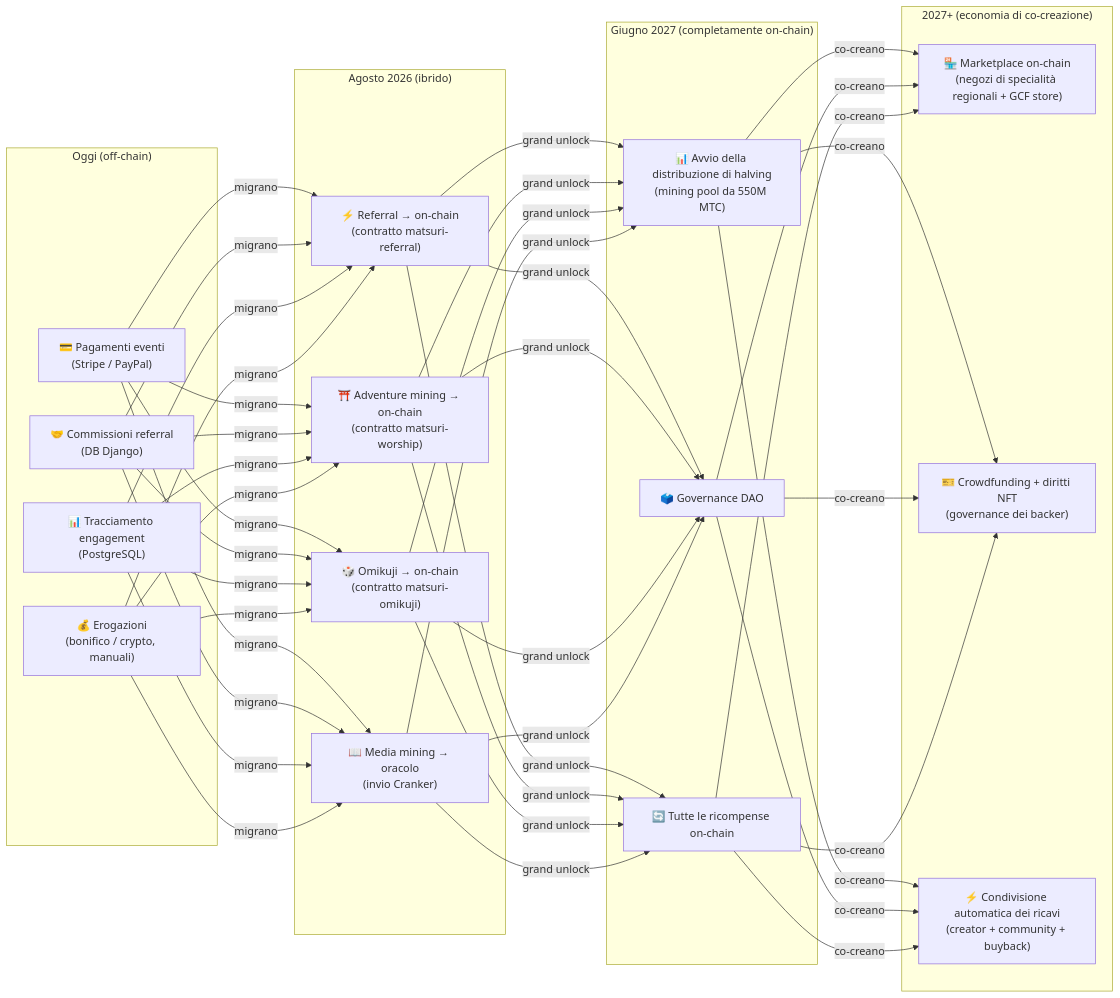
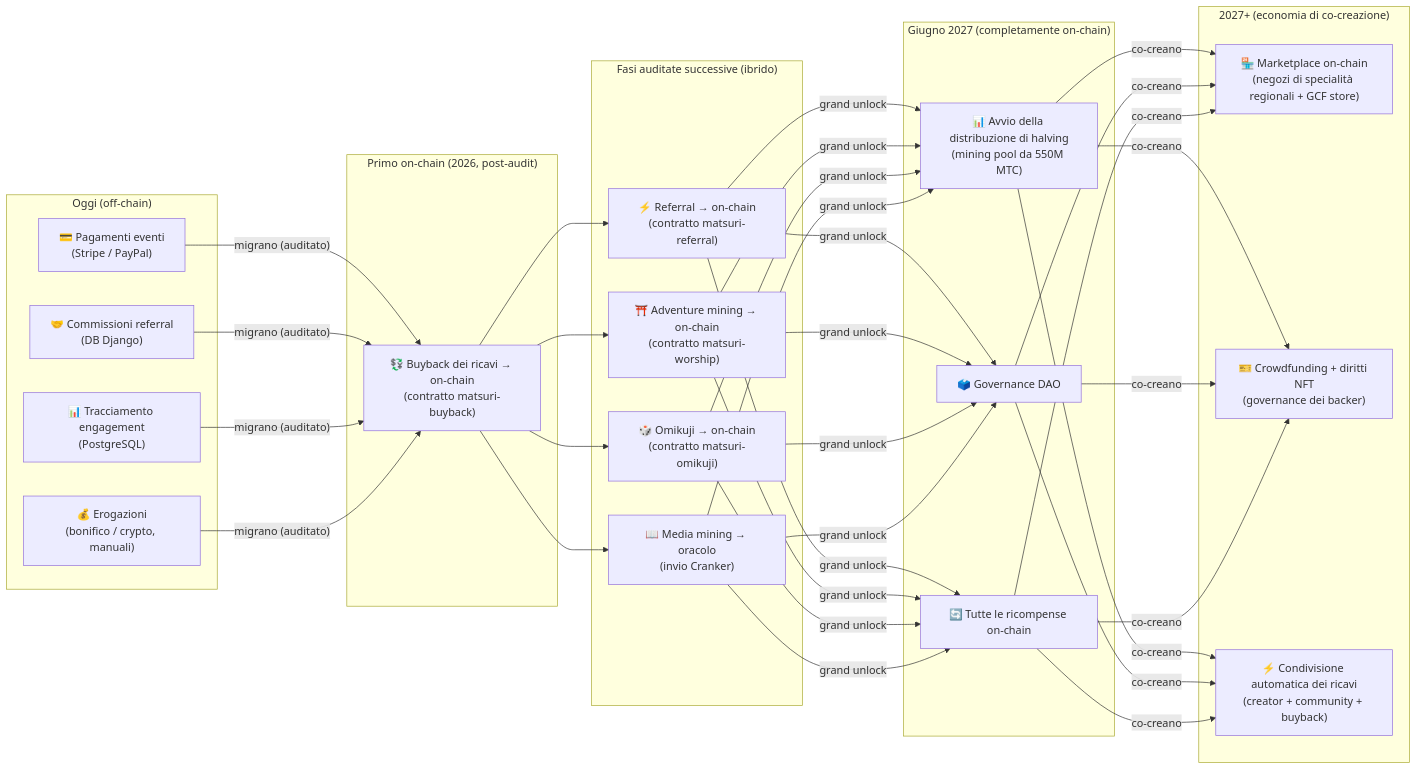
The fourth of 4 diagrams in i18n/it/docusaurus-plugin-content-docs/current/04-mining.md (Cootakahashi/matsuri-dao-whitepaper), drawn with Mermaid before and after one commit. The commit also changed other lines of this file and 79 other files, not shown here.

First line of the commit message:
docs: re-sequence on-chain roadmap to match the staged Hashlock audit (20 locales)

````diff
--- a/i18n/it/docusaurus-plugin-content-docs/current/04-mining.md
+++ b/i18n/it/docusaurus-plugin-content-docs/current/04-mining.md
@@ -334,28 +344,32 @@
 ```mermaid
 graph LR
     subgraph "Oggi (off-chain)"
         O1["💳 Pagamenti eventi\n(Stripe / PayPal)"]
         O2["🤝 Commissioni referral\n(DB Django)"]
         O3["📊 Tracciamento engagement\n(PostgreSQL)"]
         O4["💰 Erogazioni\n(bonifico / crypto, manuali)"]
     end
-    subgraph "Agosto 2026 (ibrido)"
+    subgraph "Primo on-chain (2026, post-audit)"
+        H0["💱 Buyback dei ricavi → on-chain\n(contratto matsuri-buyback)"]
+    end
+    subgraph "Fasi auditate successive (ibrido)"
         H1["⚡ Referral → on-chain\n(contratto matsuri-referral)"]
         H2["⛩️ Adventure mining → on-chain\n(contratto matsuri-worship)"]
         H3["🎲 Omikuji → on-chain\n(contratto matsuri-omikuji)"]
         H4["📖 Media mining → oracolo\n(invio Cranker)"]
     end
     subgraph "Giugno 2027 (completamente on-chain)"
         F1["📊 Avvio della distribuzione di halving\n(mining pool da 550M MTC)"]
         F2["🗳️ Governance DAO"]
         F3["🔄 Tutte le ricompense on-chain"]
     end
     subgraph "2027+ (economia di co-creazione)"
         G1["🏪 Marketplace on-chain\n(negozi di specialità regionali + GCF store)"]
         G2["🎫 Crowdfunding + diritti NFT\n(governance dei backer)"]
         G3["⚡ Condivisione automatica dei ricavi\n(creator + community + buyback)"]
     end
-    O1 & O2 & O3 & O4 -->|"migrano"| H1 & H2 & H3 & H4
+    O1 & O2 & O3 & O4 -->|"migrano (auditato)"| H0
+    H0 --> H1 & H2 & H3 & H4
     H1 & H2 & H3 & H4 -->|"grand unlock"| F1 & F2 & F3
     F1 & F2 & F3 -->|"co-creano"| G1 & G2 & G3
 ```
````
